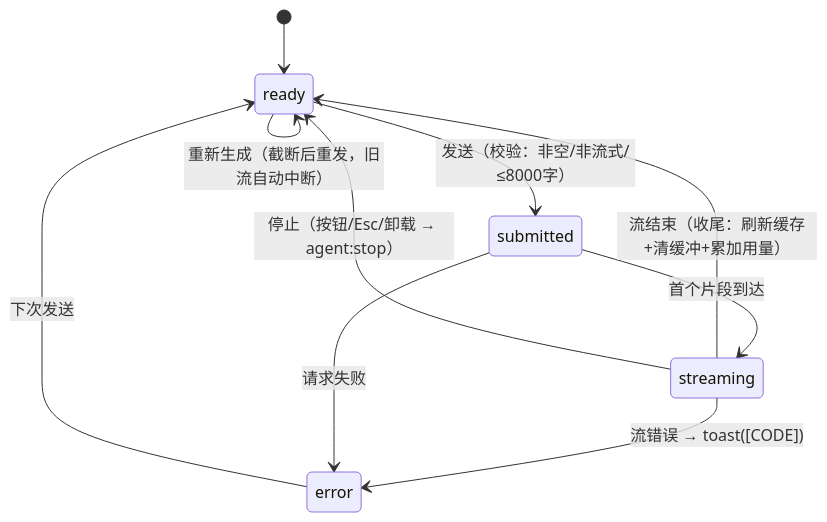
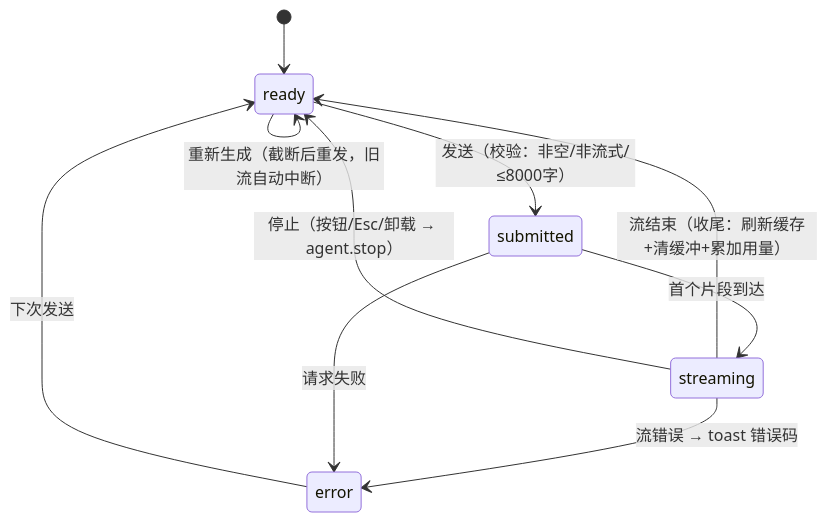
Before and after one commit to zlh12331/superagent: the tenth of 21 diagrams in docs/design/09-ux-interaction-spec.md, drawn with Mermaid. The commit also changed other lines of this file, not shown here.

Commit message:
docs: fix state diagram transition labels in sections 5.4 and 5.7

````diff
--- a/docs/design/09-ux-interaction-spec.md
+++ b/docs/design/09-ux-interaction-spec.md
@@ -378,12 +378,12 @@
 ```mermaid
 stateDiagram-v2
   [*] --> ready
   ready --> submitted: 发送（校验：非空/非流式/≤8000字）
   submitted --> streaming: 首个片段到达
   streaming --> ready: 流结束（收尾：刷新缓存+清缓冲+累加用量）
-  streaming --> error: 流错误 → toast([CODE])
+  streaming --> error: 流错误 → toast 错误码
   submitted --> error: 请求失败
   error --> ready: 下次发送
-  streaming --> ready: 停止（按钮/Esc/卸载 → agent:stop）
+  streaming --> ready: 停止（按钮/Esc/卸载 → agent.stop）
   ready --> ready: 重新生成（截断后重发，旧流自动中断）
 ```
````
